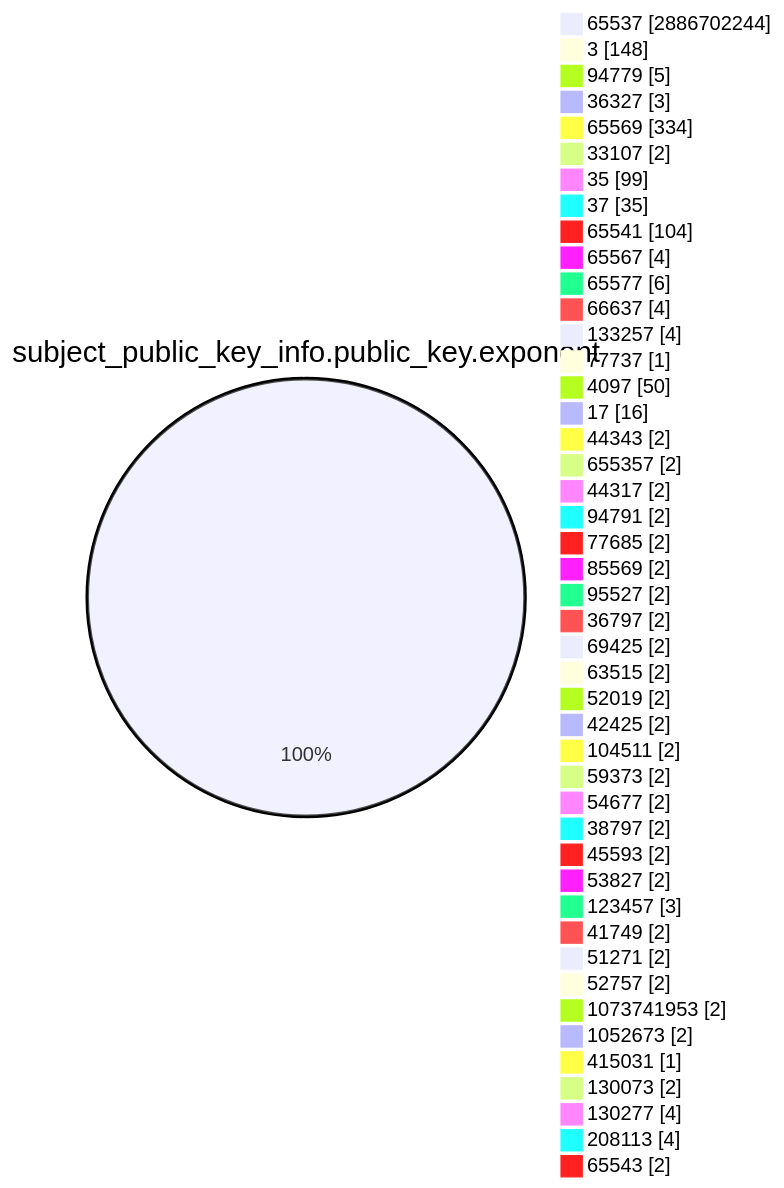
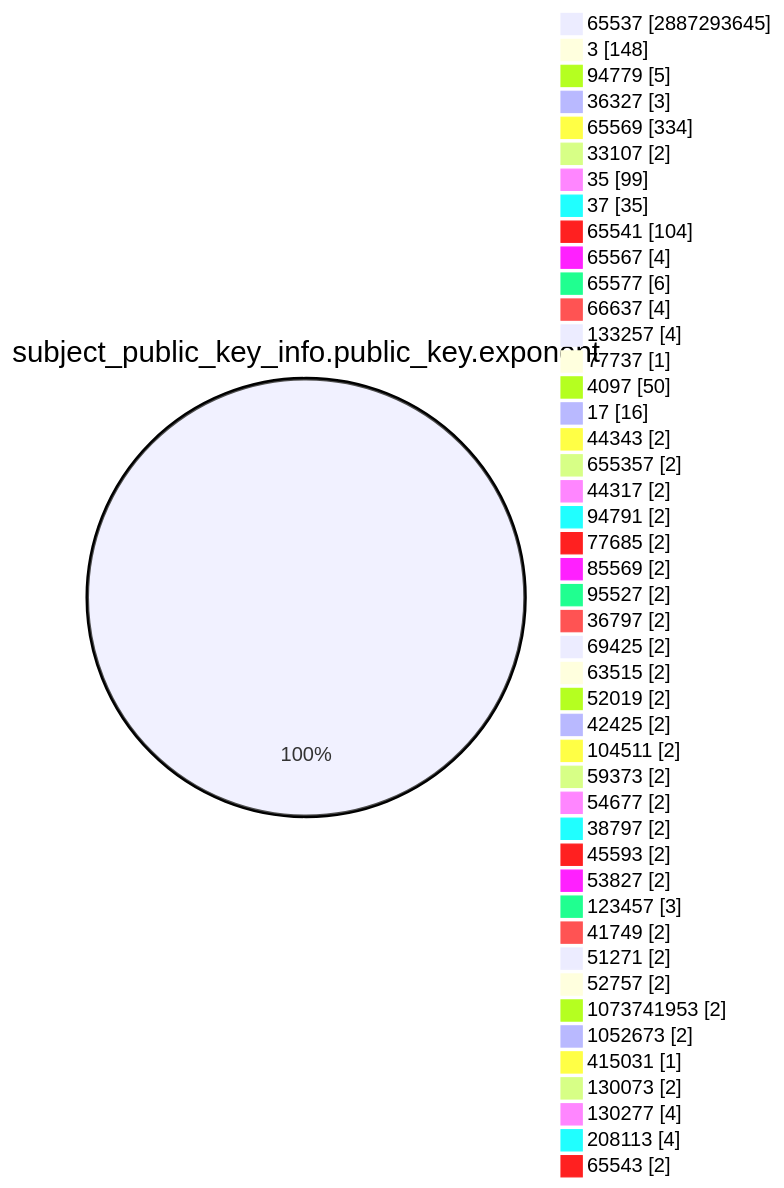
Before and after one commit to christiankrug/ctmonitor_visualization: the fourth of 15 diagrams in TOTAL/README.md, drawn with Mermaid. The commit also changed other lines of this file, not shown here.

````diff
--- a/TOTAL/README.md
+++ b/TOTAL/README.md
@@ -1468,49 +1468,49 @@
 ```mermaid
 pie showData
 title subject_public_key_info.public_key.exponent
-"65537" :2886702244
+"65537" :2887293645
 "3" :148
 "94779" :5
 "36327" :3
 "65569" :334
 "33107" :2
 "35" :99
 "37" :35
 "65541" :104
 "65567" :4
 "65577" :6
 "66637" :4
 "133257" :4
 "77737" :1
 "4097" :50
 "17" :16
 "44343" :2
 "655357" :2
 "44317" :2
 "94791" :2
 "77685" :2
 "85569" :2
 "95527" :2
 "36797" :2
 "69425" :2
 "63515" :2
 "52019" :2
 "42425" :2
 "104511" :2
 "59373" :2
 "54677" :2
 "38797" :2
 "45593" :2
 "53827" :2
 "123457" :3
 "41749" :2
 "51271" :2
 "52757" :2
 "1073741953" :2
 "1052673" :2
 "415031" :1
 "130073" :2
 "130277" :4
 "208113" :4
 "65543" :2
 ```
````
